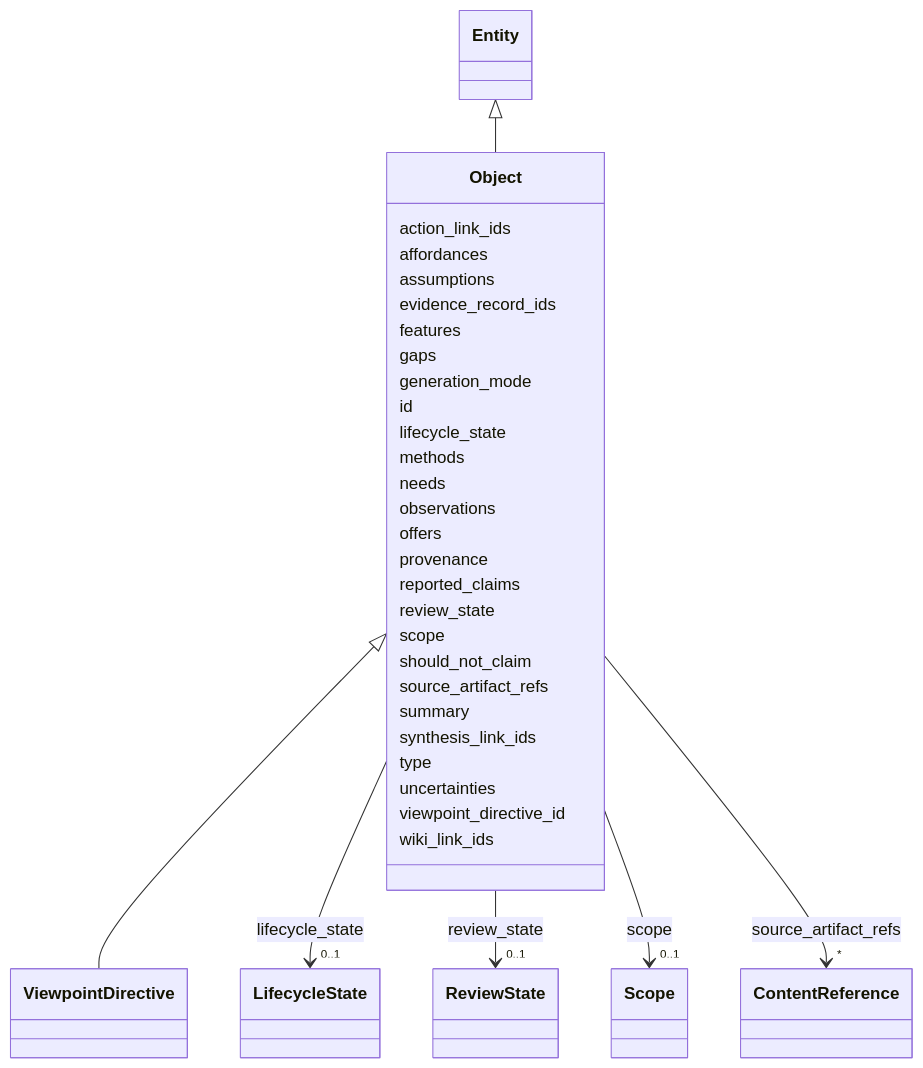
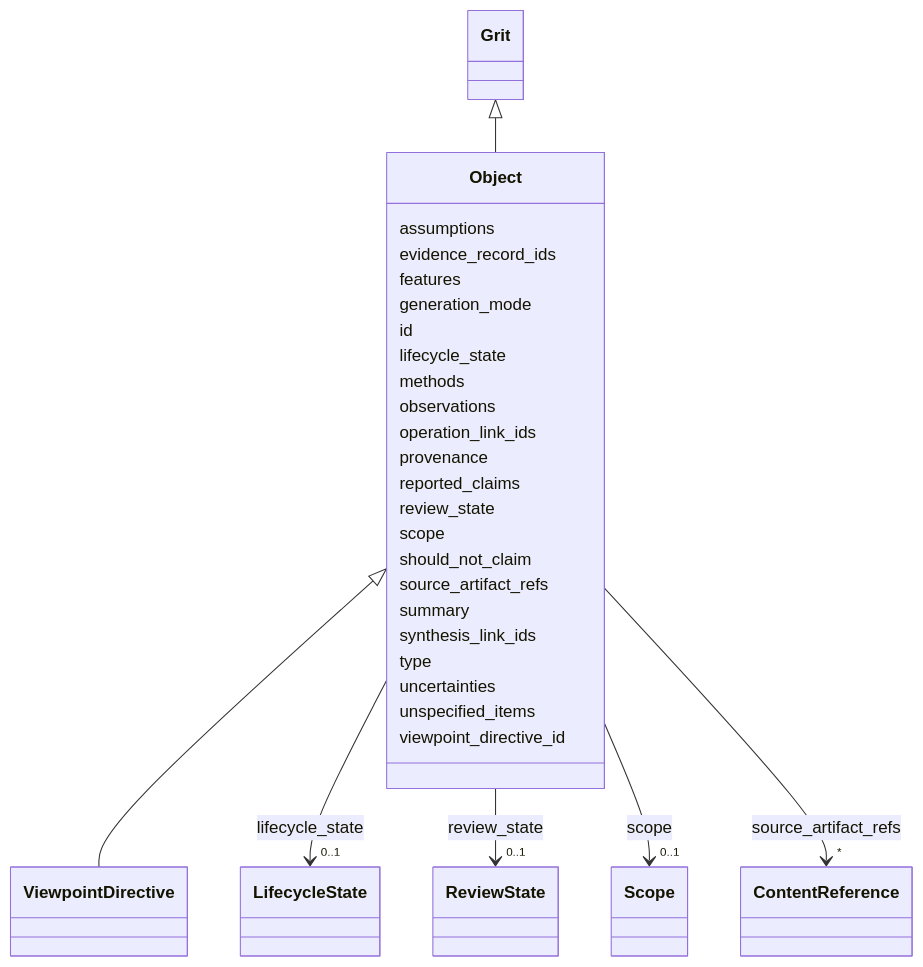
One commit to phzwart/pygrits changed the diagram in docs/Object.md. Above: the diagram before and after it, drawn with Mermaid. The commit also changed other lines of this file and 184 other files, not shown here.

````diff
--- a/docs/Object.md
+++ b/docs/Object.md
@@ -24,25 +24,19 @@
  classDiagram
     class Object
     click Object href "../Object/"
-      Entity <|-- Object
-        click Entity href "../Entity/"
+      Grit <|-- Object
+        click Grit href "../Grit/"
       
 
       Object <|-- ViewpointDirective
         click ViewpointDirective href "../ViewpointDirective/"
       
 
-      Object : action_link_ids
-        
-      Object : affordances
-        
       Object : assumptions
         
       Object : evidence_record_ids
         
       Object : features
-        
-      Object : gaps
         
       Object : generation_mode
         
@@ -61,11 +55,9 @@
         
       Object : methods
         
-      Object : needs
-        
       Object : observations
         
-      Object : offers
+      Object : operation_link_ids
         
       Object : provenance
         
@@ -114,9 +106,9 @@
         
       Object : uncertainties
         
+      Object : unspecified_items
+        
       Object : viewpoint_directive_id
-        
-      Object : wiki_link_ids
         
       
 ```
````
